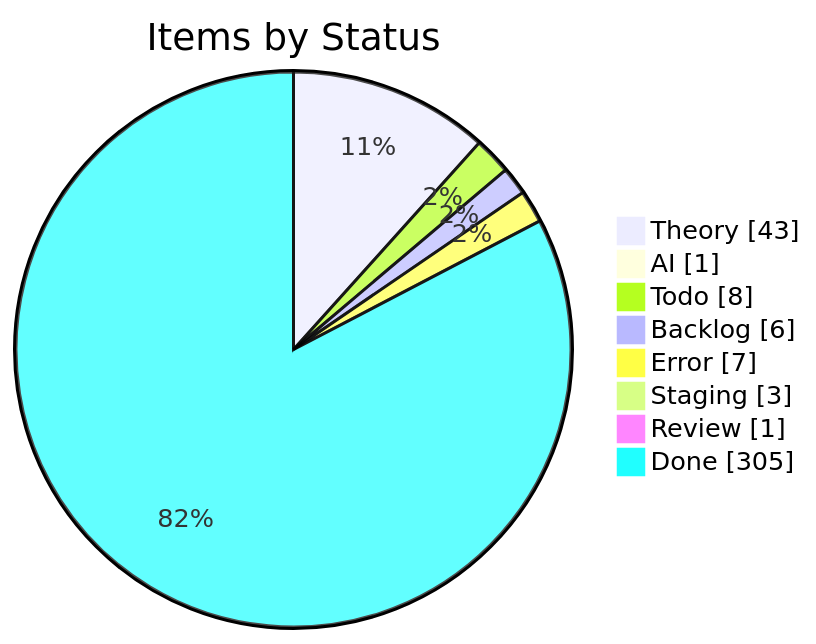
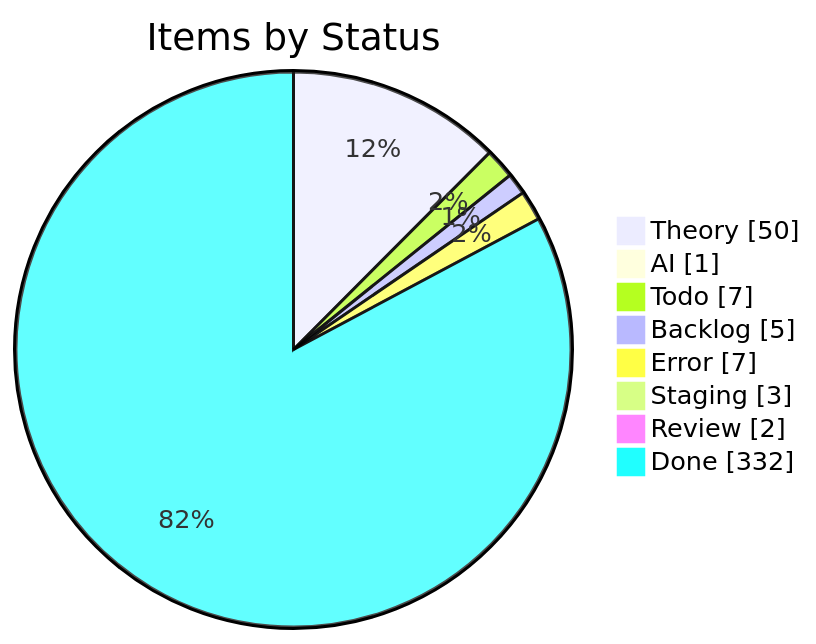
Before and after one commit to KBVE/kbve: the first of 4 diagrams in apps/kbve/astro-kbve/src/content/docs/dashboard/kanban-data.mdx, drawn with Mermaid. The commit also changed other lines of this file and 7 other files, not shown here.

````diff
--- a/apps/kbve/astro-kbve/src/content/docs/dashboard/kanban-data.mdx
+++ b/apps/kbve/astro-kbve/src/content/docs/dashboard/kanban-data.mdx
@@ -55,12 +55,12 @@
 ```mermaid
 pie showData
     title Items by Status
-    "Theory" : 43
+    "Theory" : 50
     "AI" : 1
-    "Todo" : 8
-    "Backlog" : 6
+    "Todo" : 7
+    "Backlog" : 5
     "Error" : 7
     "Staging" : 3
-    "Review" : 1
-    "Done" : 305
+    "Review" : 2
+    "Done" : 332
 ```
````
